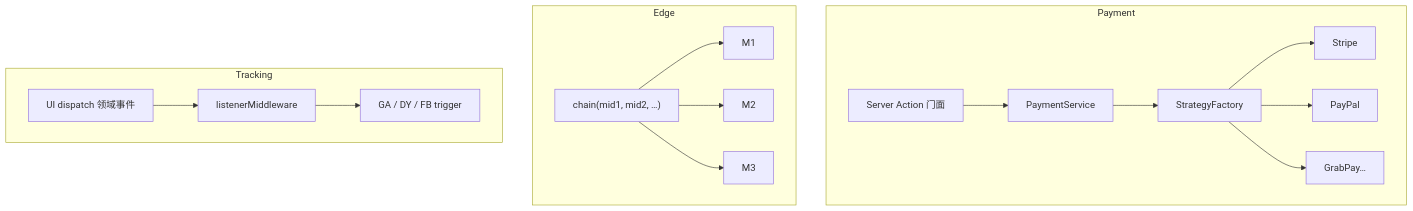
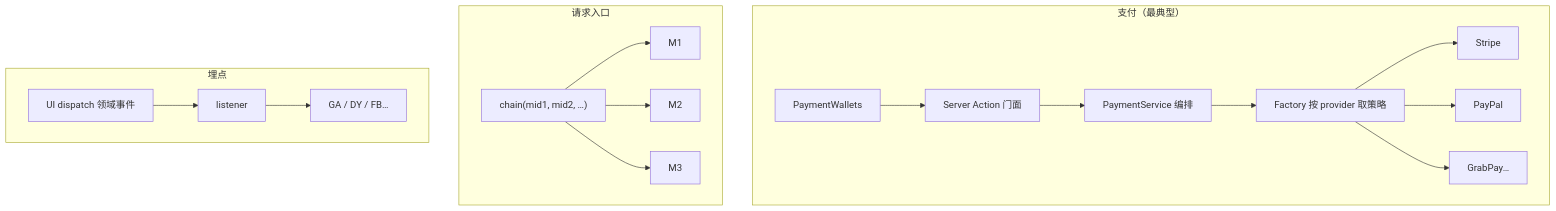
Before and after one commit to Lee-NG915/cBlog: the first of 4 diagrams in docs/rightCapital/34.设计模式结合Joyboy.md, drawn with Mermaid. The commit also changed other lines of this file and 2 other files, not shown here.

Commit message:
docs: refine payment module documentation by restructuring content for clarity, enhancing role definitions, and improving explanations of architectural principles, making it easier for developers to understand the payment processing flow and design patterns

````diff
--- a/docs/rightCapital/34.设计模式结合Joyboy.md
+++ b/docs/rightCapital/34.设计模式结合Joyboy.md
@@ -57,15 +24,16 @@
 ```mermaid
 flowchart TB
-  subgraph payment ["Payment"]
-    ACT["Server Action 门面"] --> SVC["PaymentService"]
-    SVC --> FAC["StrategyFactory"]
+  subgraph payment ["支付（最典型）"]
+    UI["PaymentWallets"] --> ACT["Server Action 门面"]
+    ACT --> SVC["PaymentService 编排"]
+    SVC --> FAC["Factory 按 provider 取策略"]
     FAC --> S1["Stripe"] & S2["PayPal"] & S3["GrabPay…"]
   end
-  subgraph edge ["Edge"]
+  subgraph edge ["请求入口"]
     CH["chain(mid1, mid2, …)"] --> M1 & M2 & M3
   end
-  subgraph tracking ["Tracking"]
-    UI["UI dispatch 领域事件"] --> L["listenerMiddleware"]
-    L --> T["GA / DY / FB trigger"]
+  subgraph track ["埋点"]
+    EV["UI dispatch 领域事件"] --> L["listener"]
+    L --> T["GA / DY / FB…"]
   end
 ```
````
